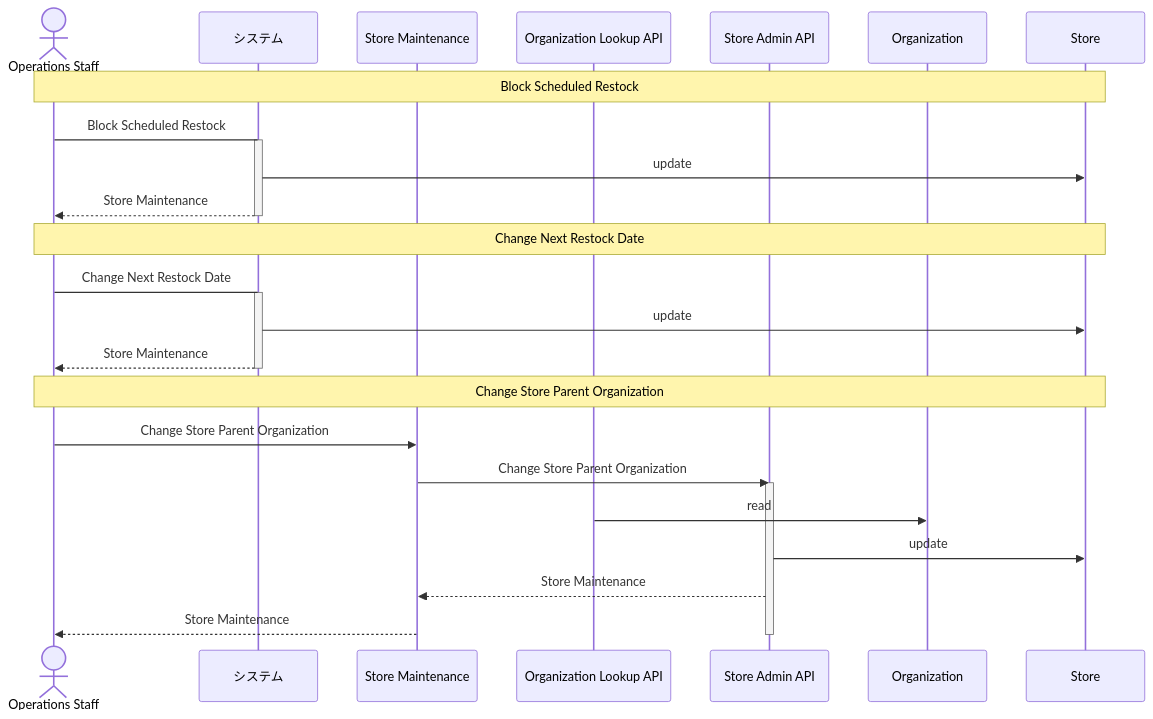
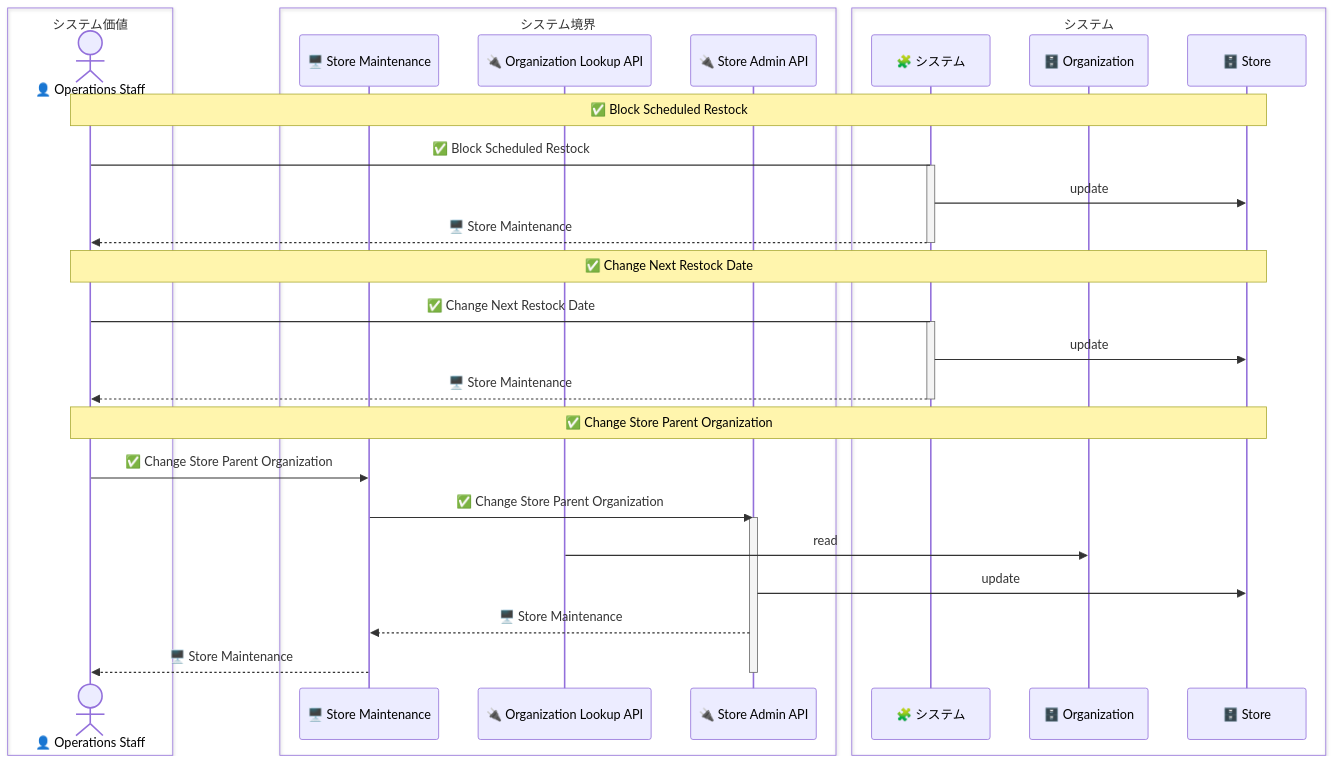
The second of 4 diagrams in samples/incremental-order/step-5-lifecycle/design.md (manji-0/rdra-ish-dsl), drawn with Mermaid before and after one commit. The commit also changed other lines of this file and 114 other files, not shown here.

Commit message:
feat: update rdra diagram layering

````diff
--- a/samples/incremental-order/step-5-lifecycle/design.md
+++ b/samples/incremental-order/step-5-lifecycle/design.md
@@ -87,34 +87,40 @@
 ```mermaid
 sequenceDiagram
-  actor OpsStaff as Operations Staff
-  participant System as システム
-  participant StoreMaintenanceScreen as Store Maintenance
-  participant OrganizationLookupApi as Organization Lookup API
-  participant StoreAdminApi as Store Admin API
-  participant Organization as Organization
-  participant Store as Store
+  box システム価値
+    actor OpsStaff as 👤 Operations Staff
+  end
+  box システム境界
+    participant StoreMaintenanceScreen as 🖥️ Store Maintenance
+    participant OrganizationLookupApi as 🔌 Organization Lookup API
+    participant StoreAdminApi as 🔌 Store Admin API
+  end
+  box システム
+    participant System as 🧩 システム
+    participant Organization as 🗄️ Organization
+    participant Store as 🗄️ Store
+  end
 
-  Note over OpsStaff,Store: Block Scheduled Restock
-  OpsStaff->System: Block Scheduled Restock
+  Note over OpsStaff,Store: ✅ Block Scheduled Restock
+  OpsStaff->System: ✅ Block Scheduled Restock
   activate System
   System->>Store: update
-  System-->>OpsStaff: Store Maintenance
+  System-->>OpsStaff: 🖥️ Store Maintenance
   deactivate System
 
-  Note over OpsStaff,Store: Change Next Restock Date
-  OpsStaff->System: Change Next Restock Date
+  Note over OpsStaff,Store: ✅ Change Next Restock Date
+  OpsStaff->System: ✅ Change Next Restock Date
   activate System
   System->>Store: update
-  System-->>OpsStaff: Store Maintenance
+  System-->>OpsStaff: 🖥️ Store Maintenance
   deactivate System
 
-  Note over OpsStaff,Store: Change Store Parent Organization
-  OpsStaff->>StoreMaintenanceScreen: Change Store Parent Organization
-  StoreMaintenanceScreen->>StoreAdminApi: Change Store Parent Organization
+  Note over OpsStaff,Store: ✅ Change Store Parent Organization
+  OpsStaff->>StoreMaintenanceScreen: ✅ Change Store Parent Organization
+  StoreMaintenanceScreen->>StoreAdminApi: ✅ Change Store Parent Organization
   activate StoreAdminApi
   OrganizationLookupApi->>Organization: read
   StoreAdminApi->>Store: update
-  StoreAdminApi-->>StoreMaintenanceScreen: Store Maintenance
-  StoreMaintenanceScreen-->>OpsStaff: Store Maintenance
+  StoreAdminApi-->>StoreMaintenanceScreen: 🖥️ Store Maintenance
+  StoreMaintenanceScreen-->>OpsStaff: 🖥️ Store Maintenance
   deactivate StoreAdminApi
 ```
````
